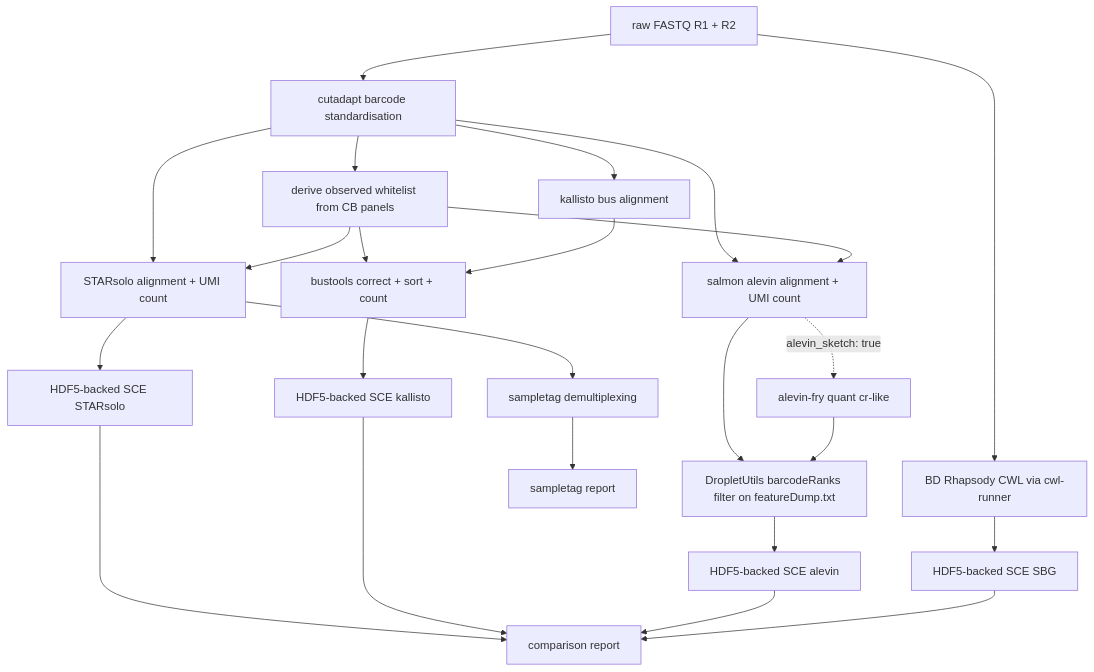
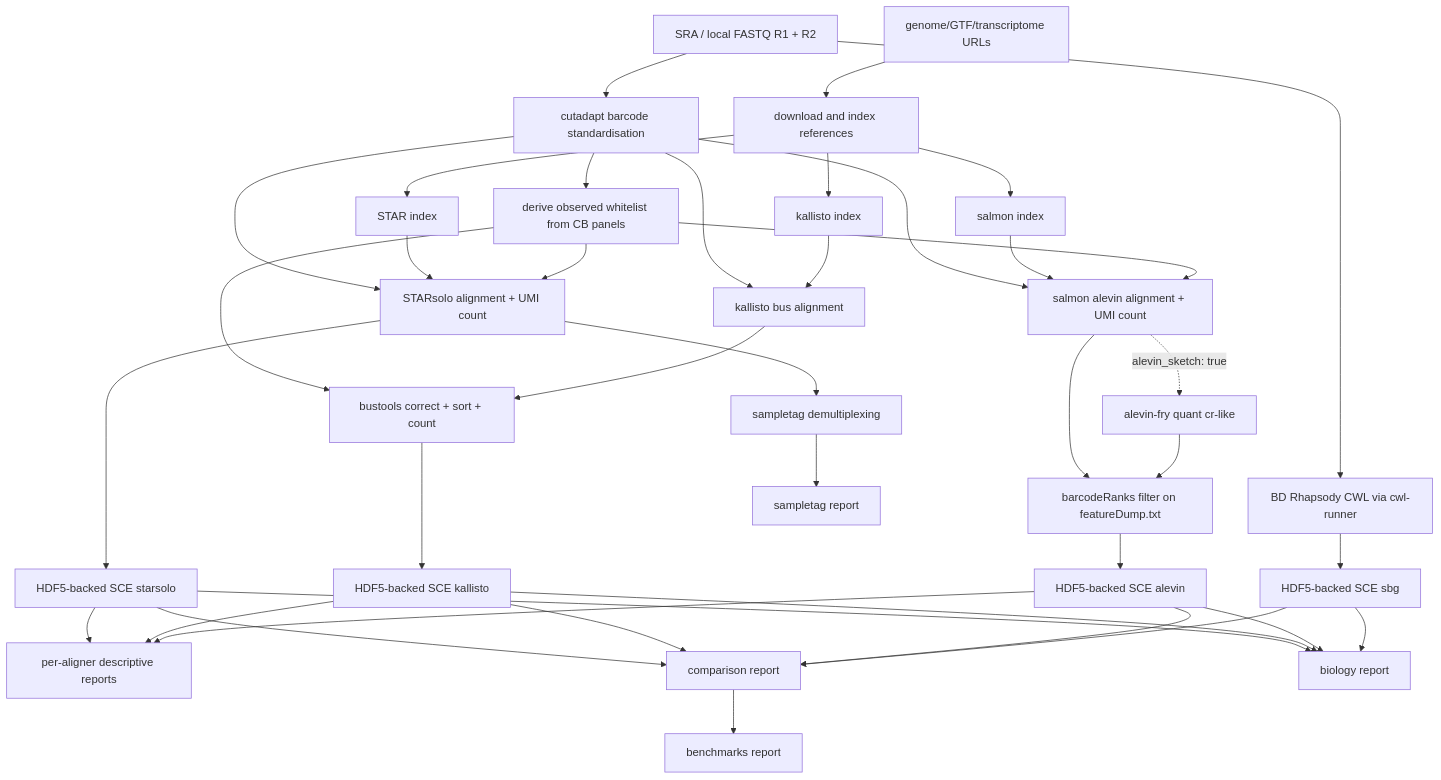
Before and after one commit to imallona/rhapsodist: the diagram in README.md, drawn with Mermaid. The commit also changed other lines of this file and 5 other files, not shown here.

````diff
--- a/README.md
+++ b/README.md
@@ -13,28 +13,40 @@
 ```mermaid
 flowchart TD
-    reads[raw FASTQ R1 + R2] --> cutadapt[cutadapt barcode standardisation]
+    sra[SRA / local FASTQ R1 + R2] --> cutadapt[cutadapt barcode standardisation]
+
+    ref_url[genome/GTF/transcriptome URLs] --> download[download and index references]
+    download --> star_idx[STAR index]
+    download --> salmon_idx[salmon index]
+    download --> kallisto_idx[kallisto index]
 
     cutadapt --> wl[derive observed whitelist from CB panels]
     cutadapt --> starsolo[STARsolo alignment + UMI count]
     cutadapt --> kallisto[kallisto bus alignment]
     cutadapt --> alevin[salmon alevin alignment + UMI count]
-    reads --> sbg[BD Rhapsody CWL via cwl-runner]
+    sra --> sbg[BD Rhapsody CWL via cwl-runner]
+
+    star_idx --> starsolo
+    salmon_idx --> alevin
+    kallisto_idx --> kallisto
 
     wl --> starsolo
     wl --> bustools[bustools correct + sort + count]
     wl --> alevin
 
-    starsolo --> sce_star[HDF5-backed SCE STARsolo]
+    starsolo --> sce_star[HDF5-backed SCE starsolo]
     kallisto --> bustools
     bustools --> sce_kallisto[HDF5-backed SCE kallisto]
-    alevin --> knee[DropletUtils barcodeRanks filter on featureDump.txt]
+    alevin --> knee[barcodeRanks filter on featureDump.txt]
     alevin -. alevin_sketch: true .-> fry[alevin-fry quant cr-like]
     fry --> knee
     knee --> sce_alevin[HDF5-backed SCE alevin]
-    sbg --> sce_sbg[HDF5-backed SCE SBG]
+    sbg --> sce_sbg[HDF5-backed SCE sbg]
 
-    sce_star & sce_kallisto & sce_alevin & sce_sbg --> report[comparison report]
+    sce_star & sce_kallisto & sce_alevin --> desc[per-aligner descriptive reports]
+    sce_star & sce_kallisto & sce_alevin & sce_sbg --> comparison[comparison report]
+    sce_star & sce_kallisto & sce_alevin & sce_sbg --> biology[biology report]
+    comparison --> benchmarks[benchmarks report]
 
     starsolo --> sampletags[sampletag demultiplexing]
     sampletags --> st_report[sampletag report]
 ```
````
